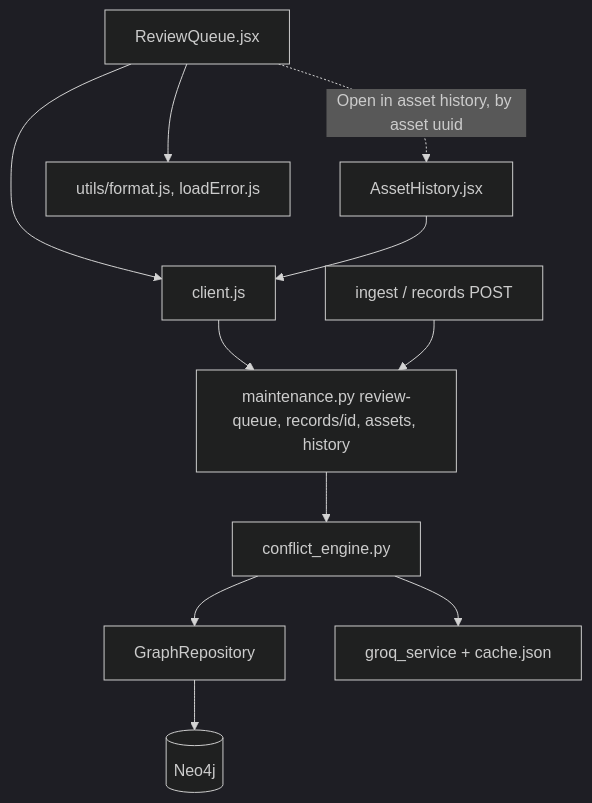
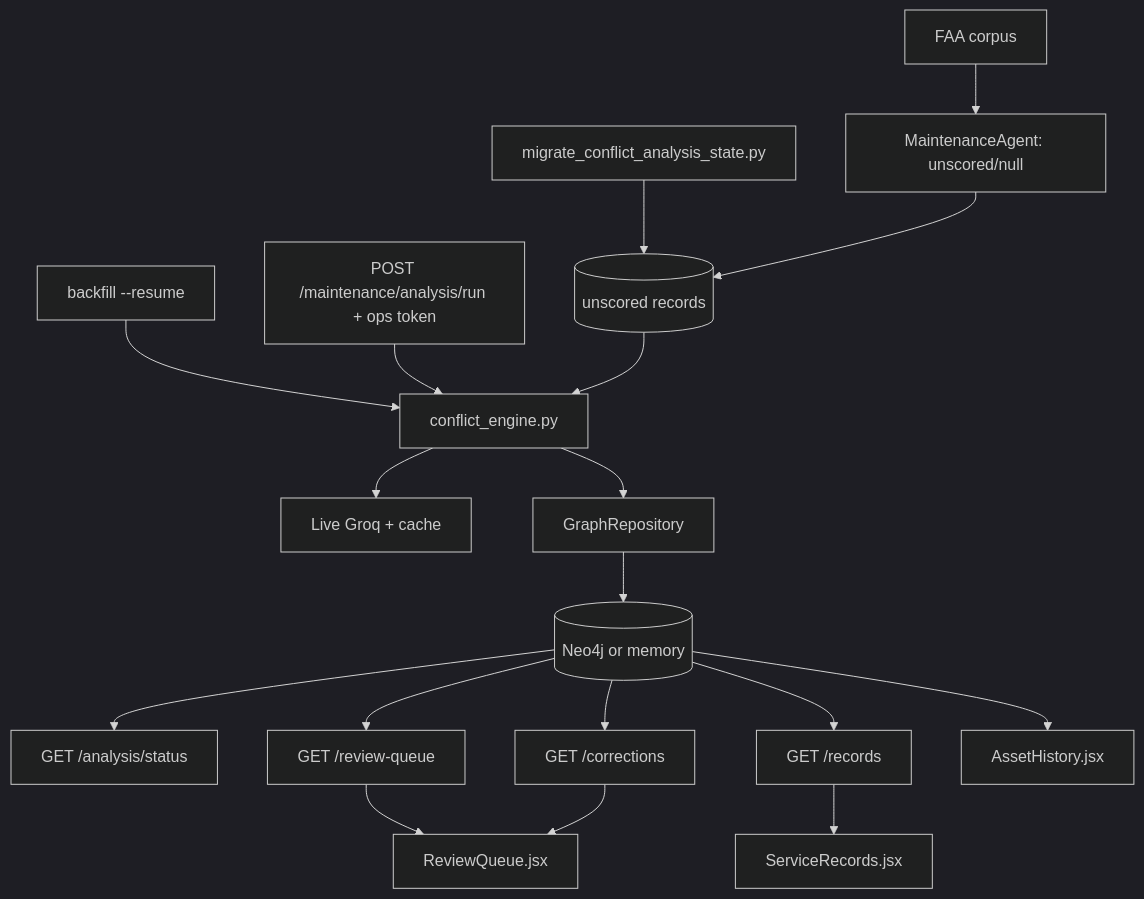
One commit to umaritics/halite changed the diagram in knowledge/flows/FLOW-conflict-review.md. Above: the diagram before and after it, drawn with Mermaid (dark theme). The commit also changed other lines of this file and 13 other files, not shown here.

````diff
--- a/knowledge/flows/FLOW-conflict-review.md
+++ b/knowledge/flows/FLOW-conflict-review.md
@@ -47,13 +47,20 @@
 ```mermaid
 flowchart TB
-  RQ[ReviewQueue.jsx] --> API[client.js]
-  AH[AssetHistory.jsx] --> API
-  RQ -. Open in asset history, by asset uuid .-> AH
-  RQ --> UT[utils/format.js, loadError.js]
-  API --> M[maintenance.py review-queue, records/id, assets, history]
-  IN[ingest / records POST] --> M
-  M --> CE[conflict_engine.py]
+  CSV[FAA corpus] --> IN[MaintenanceAgent: unscored/null]
+  MIG[migrate_conflict_analysis_state.py] --> U[(unscored records)]
+  IN --> U
+  CLI[backfill --resume] --> CE[conflict_engine.py]
+  RUN[POST /maintenance/analysis/run + ops token] --> CE
+  U --> CE
+  CE --> G[Live Groq + cache]
   CE --> GR[GraphRepository]
-  CE --> G[groq_service + cache.json]
-  GR --> N[(Neo4j)]
+  GR --> N[(Neo4j or memory)]
+  N --> ST[GET /analysis/status]
+  N --> RQ[GET /review-queue]
+  N --> COR[GET /corrections]
+  N --> REC[GET /records]
+  RQ --> UI[ReviewQueue.jsx]
+  COR --> UI
+  REC --> SR[ServiceRecords.jsx]
+  N --> AH[AssetHistory.jsx]
 ```
````
